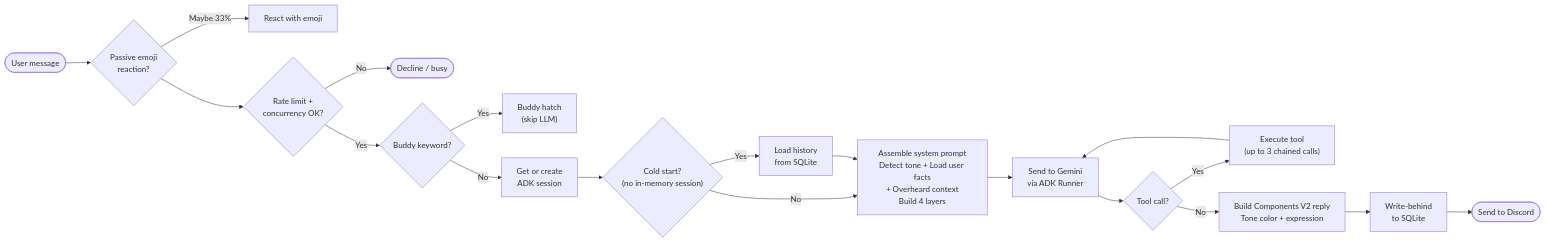
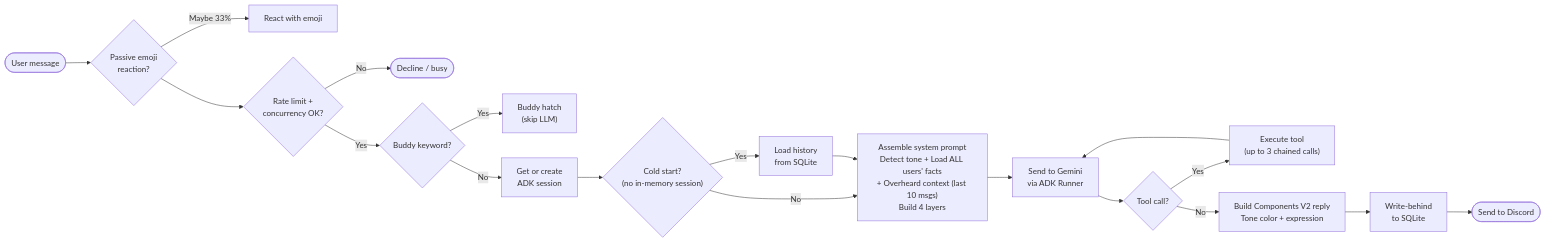
Before and after one commit to AlaskanTuna/rokabot: the second of 7 diagrams in README.md, drawn with Mermaid. The commit also changed other lines of this file, not shown here.

Commit message:
docs: update README diagrams for channel-aware features and trim feature list

````diff
--- a/README.md
+++ b/README.md
@@ -68,21 +61,21 @@
 ```mermaid
 flowchart LR
     Start([User message]) --> Reaction{"Passive emoji\nreaction?"}
     Reaction -->|Maybe 33%| React["React with emoji"]
     Reaction --> Guards{Rate limit +\nconcurrency OK?}
     Guards -->|No| Reject([Decline / busy])
     Guards -->|Yes| Buddy{Buddy keyword?}
     Buddy -->|Yes| Hatch["Buddy hatch\n(skip LLM)"]
     Buddy -->|No| Session["Get or create\nADK session"]
     Session --> Rehydrate{"Cold start?\n(no in-memory session)"}
     Rehydrate -->|Yes| Load["Load history\nfrom SQLite"]
     Rehydrate -->|No| Prompt
-    Load --> Prompt["Assemble system prompt\nDetect tone + Load user facts\n+ Overheard context\nBuild 4 layers"]
+    Load --> Prompt["Assemble system prompt\nDetect tone + Load ALL users' facts\n+ Overheard context (last 10 msgs)\nBuild 4 layers"]
     Prompt --> Gemini["Send to Gemini\nvia ADK Runner"]
     Gemini --> ToolCheck{Tool call?}
     ToolCheck -->|Yes| Execute["Execute tool\n(up to 3 chained calls)"]
     Execute --> Gemini
     ToolCheck -->|No| Format["Build Components V2 reply\nTone color + expression"]
     Format --> Persist["Write-behind\nto SQLite"]
     Persist --> Send([Send to Discord])
 ```
````
